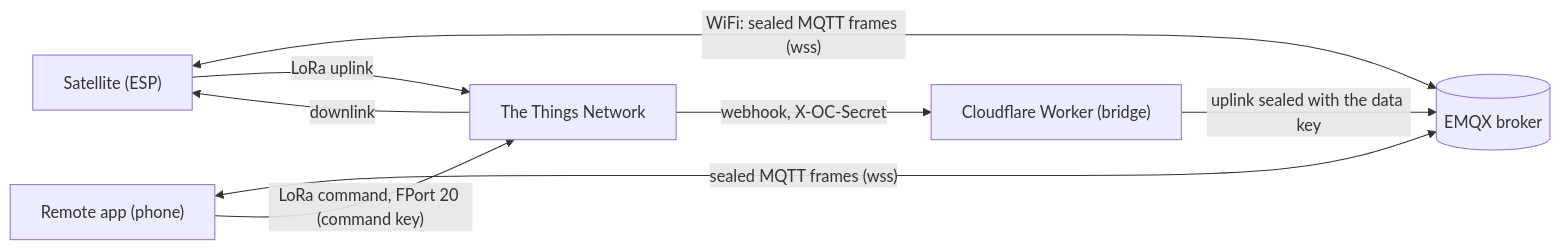
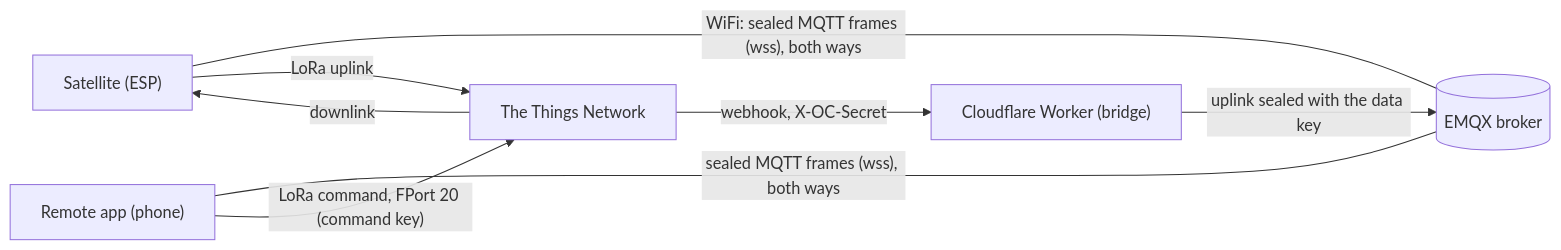
Before and after one commit to ckeller42/open-california: the first of 5 diagrams in docs/howto-remote-hub.md, drawn with Mermaid. The commit also changed other lines of this file and 7 other files, not shown here.

First line of the commit message:
wizard, docs: press again past the app QR; back test; rotation step; mermaid guard

````diff
--- a/docs/howto-remote-hub.md
+++ b/docs/howto-remote-hub.md
@@ -24,10 +24,10 @@
 ```mermaid
 flowchart LR
-    ESP["Satellite (ESP)"] <-->|"WiFi: sealed MQTT frames (wss)"| BROKER[("EMQX broker")]
-    APP["Remote app (phone)"] <-->|"sealed MQTT frames (wss)"| BROKER
+    ESP["Satellite (ESP)"] ---|"WiFi: sealed MQTT frames (wss), both ways"| BROKER[("EMQX broker")]
+    APP["Remote app (phone)"] ---|"sealed MQTT frames (wss), both ways"| BROKER
     ESP -->|"LoRa uplink"| TTN["The Things Network"]
     TTN -->|"webhook, X-OC-Secret"| BRIDGE["Cloudflare Worker (bridge)"]
     BRIDGE -->|"uplink sealed with the data key"| BROKER
     APP -->|"LoRa command, FPort 20 (command key)"| TTN
     TTN -->|"downlink"| ESP
 ```
````
